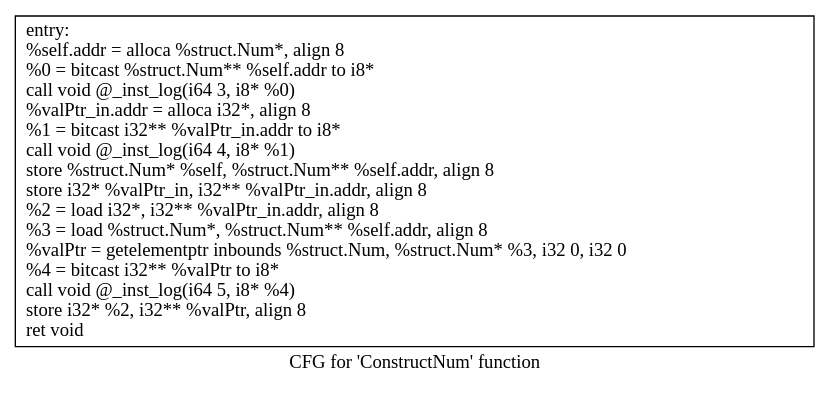
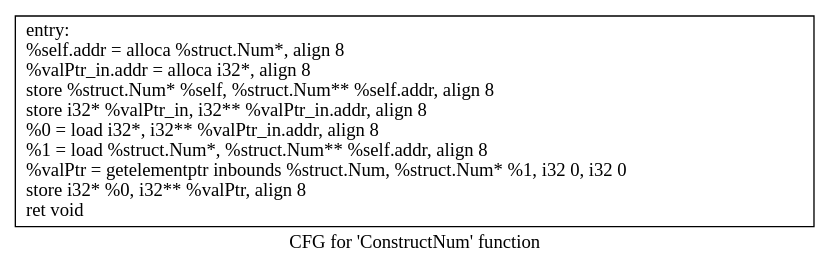
Before and after one commit to mattqemo/eecs583fp: the diagram in 583simple/.ConstructNum.dot, drawn with Graphviz. The commit also changed 28 other files, not shown here.

```diff
--- a/583simple/.ConstructNum.dot
+++ b/583simple/.ConstructNum.dot
@@ -1,5 +1,5 @@
 digraph "CFG for 'ConstructNum' function" {
 	label="CFG for 'ConstructNum' function";
 
-	Node0x564d40185e80 [shape=record,label="{entry:\l  %self.addr = alloca %struct.Num*, align 8\l  %0 = bitcast %struct.Num** %self.addr to i8*\l  call void @_inst_log(i64 3, i8* %0)\l  %valPtr_in.addr = alloca i32*, align 8\l  %1 = bitcast i32** %valPtr_in.addr to i8*\l  call void @_inst_log(i64 4, i8* %1)\l  store %struct.Num* %self, %struct.Num** %self.addr, align 8\l  store i32* %valPtr_in, i32** %valPtr_in.addr, align 8\l  %2 = load i32*, i32** %valPtr_in.addr, align 8\l  %3 = load %struct.Num*, %struct.Num** %self.addr, align 8\l  %valPtr = getelementptr inbounds %struct.Num, %struct.Num* %3, i32 0, i32 0\l  %4 = bitcast i32** %valPtr to i8*\l  call void @_inst_log(i64 5, i8* %4)\l  store i32* %2, i32** %valPtr, align 8\l  ret void\l}"];
+	Node0x55c986057e50 [shape=record,label="{entry:\l  %self.addr = alloca %struct.Num*, align 8\l  %valPtr_in.addr = alloca i32*, align 8\l  store %struct.Num* %self, %struct.Num** %self.addr, align 8\l  store i32* %valPtr_in, i32** %valPtr_in.addr, align 8\l  %0 = load i32*, i32** %valPtr_in.addr, align 8\l  %1 = load %struct.Num*, %struct.Num** %self.addr, align 8\l  %valPtr = getelementptr inbounds %struct.Num, %struct.Num* %1, i32 0, i32 0\l  store i32* %0, i32** %valPtr, align 8\l  ret void\l}"];
 }
```
